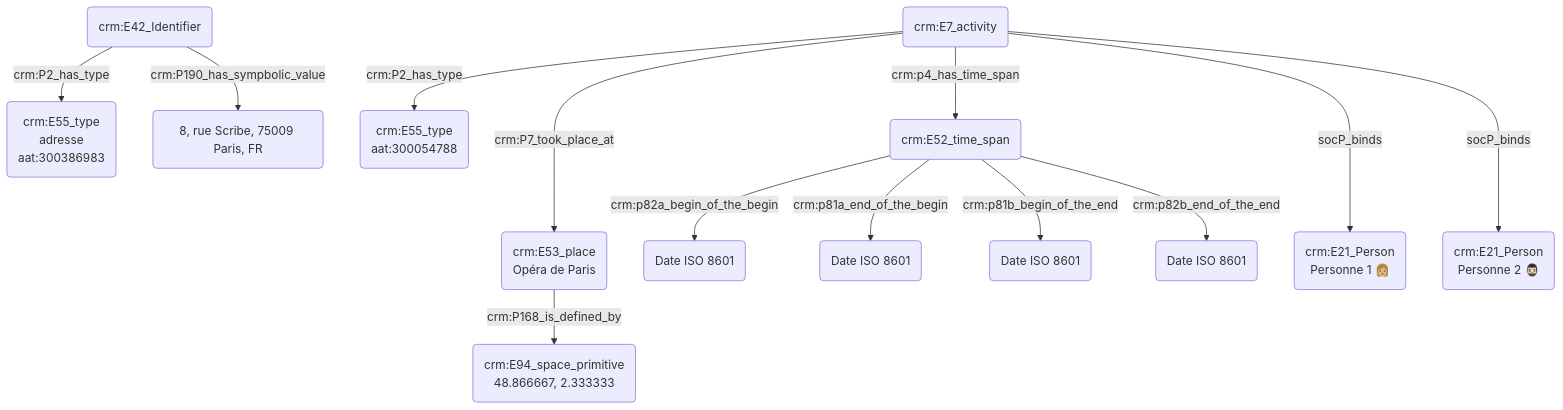
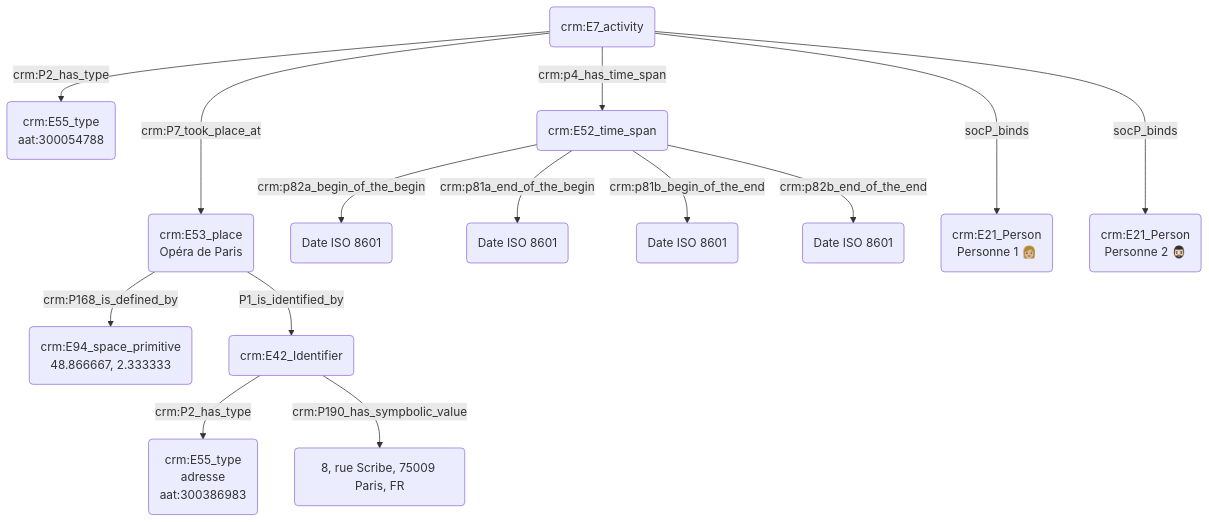
Before and after one commit to Amleth/consortium-musica2-gt2-ontologies: the diagram in modules/livrables/Dossier 2/Prosopographie/rencontre de quelqu'un dans un lieu fréquenté par les deux personnes.md, drawn with Mermaid.

Commit message:
Update rencontre de quelqu'un dans un lieu fréquenté par les deux personnes.md

````diff
--- a/modules/livrables/Dossier 2/Prosopographie/rencontre de quelqu'un dans un lieu fréquenté par les deux personnes.md
+++ b/modules/livrables/Dossier 2/Prosopographie/rencontre de quelqu'un dans un lieu fréquenté par les deux personnes.md
@@ -11,20 +11,21 @@
 ```mermaid
 graph TD;
 
 K(crm:E7_activity<br>rencontre) --->|crm:P7_took_place_at| M(crm:E53_place<br>Opéra de Paris)
 M(crm:E53_place<br>Opéra de Paris) --> |crm:P168_is_defined_by| N(crm:E94_space_primitive
 48.866667, 2.333333)
+M(crm:E53_place<br>Opéra de Paris) --> |P1_is_identified_by| O(crm:E42_Identifier)
 O(crm:E42_Identifier) --> |crm:P2_has_type| P(crm:E55_type<br>adresse<br>aat:300386983)
 O(crm:E42_Identifier) --> |crm:P190_has_sympbolic_value| Q(8, rue Scribe, 75009 Paris, FR)
 K(crm:E7_activity<br>recontre) --> |crm:P2_has_type| L(crm:E55_type<br>aat:300054788)
  
 K(crm:E7_activity) --> |crm:p4_has_time_span| D(crm:E52_time_span)
 D(crm:E52_time_span) --> |crm:p82a_begin_of_the_begin| E("Date ISO 8601")
 D(crm:E52_time_span) --> |crm:p81a_end_of_the_begin| F("Date ISO 8601")
 D(crm:E52_time_span) --> |crm:p81b_begin_of_the_end|G("Date ISO 8601")
 D(crm:E52_time_span) --> |crm:p82b_end_of_the_end| H("Date ISO 8601")
 
 K(crm:E7_activity) --->|socP_binds| A("crm:E21_Person<br>Personne 1 👩🏼")
 K(crm:E7_activity) --->|socP_binds| J("crm:E21_Person<br>Personne 2 🧔🏻‍♂️")
 
 ```
````
